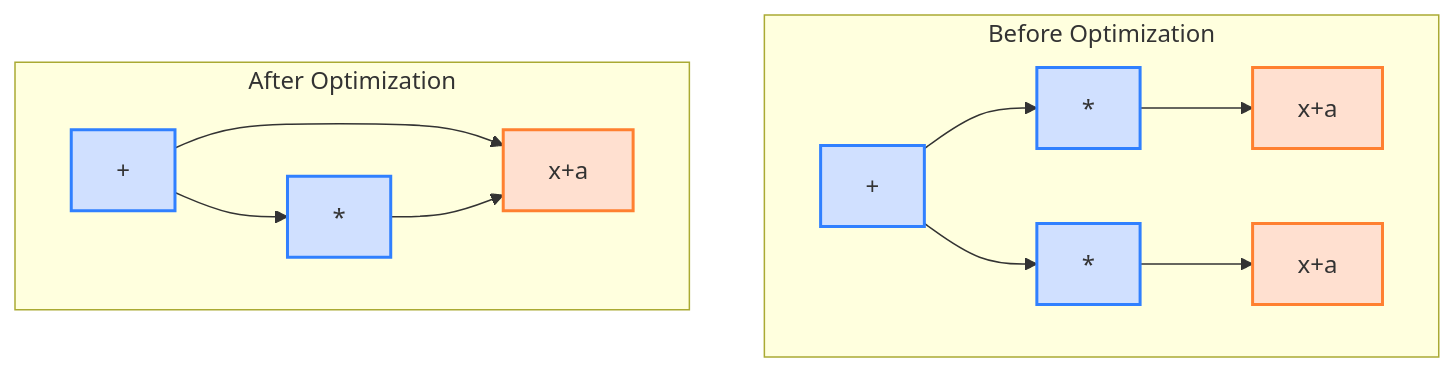
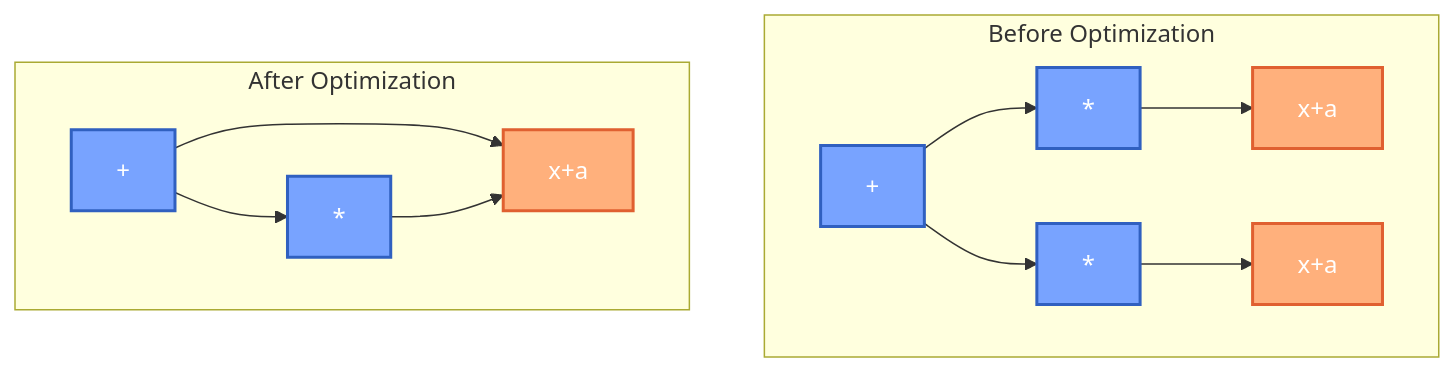
Before and after one commit to rdguerrerom/AutoDiff: the fourth of 5 diagrams in README.md, drawn with Mermaid. The commit also changed other lines of this file and 8 other files, not shown here.

````diff
--- a/README.md
+++ b/README.md
@@ -165,24 +176,21 @@
 ```mermaid
 graph TD
     subgraph "Before Optimization"
         A1["+"] --> B1["*"]
         A1 --> B2["*"]
         B1 --> C1["x+a"]
         B2 --> C2["x+a"]
     end
     
     subgraph "After Optimization"
         A2["+"] --> B3["*"]
         A2 --> C3["x+a"]
         B3 --> C3
     end
     
-    style A1 fill:#d0e0ff,stroke:#3080ff,stroke-width:2px
-    style A2 fill:#d0e0ff,stroke:#3080ff,stroke-width:2px
-    style B1 fill:#d0e0ff,stroke:#3080ff,stroke-width:2px
-    style B2 fill:#d0e0ff,stroke:#3080ff,stroke-width:2px
-    style B3 fill:#d0e0ff,stroke:#3080ff,stroke-width:2px
-    style C1 fill:#ffe0d0,stroke:#ff8030,stroke-width:2px
-    style C2 fill:#ffe0d0,stroke:#ff8030,stroke-width:2px
-    style C3 fill:#ffe0d0,stroke:#ff8030,stroke-width:2px
+    classDef operation fill:#78a3ff,stroke:#3060c0,stroke-width:2px,color:#fff
+    classDef expression fill:#ffb07c,stroke:#e06030,stroke-width:2px,color:#fff
+    
+    class A1,A2,B1,B2,B3 operation
+    class C1,C2,C3 expression
 ```
````
